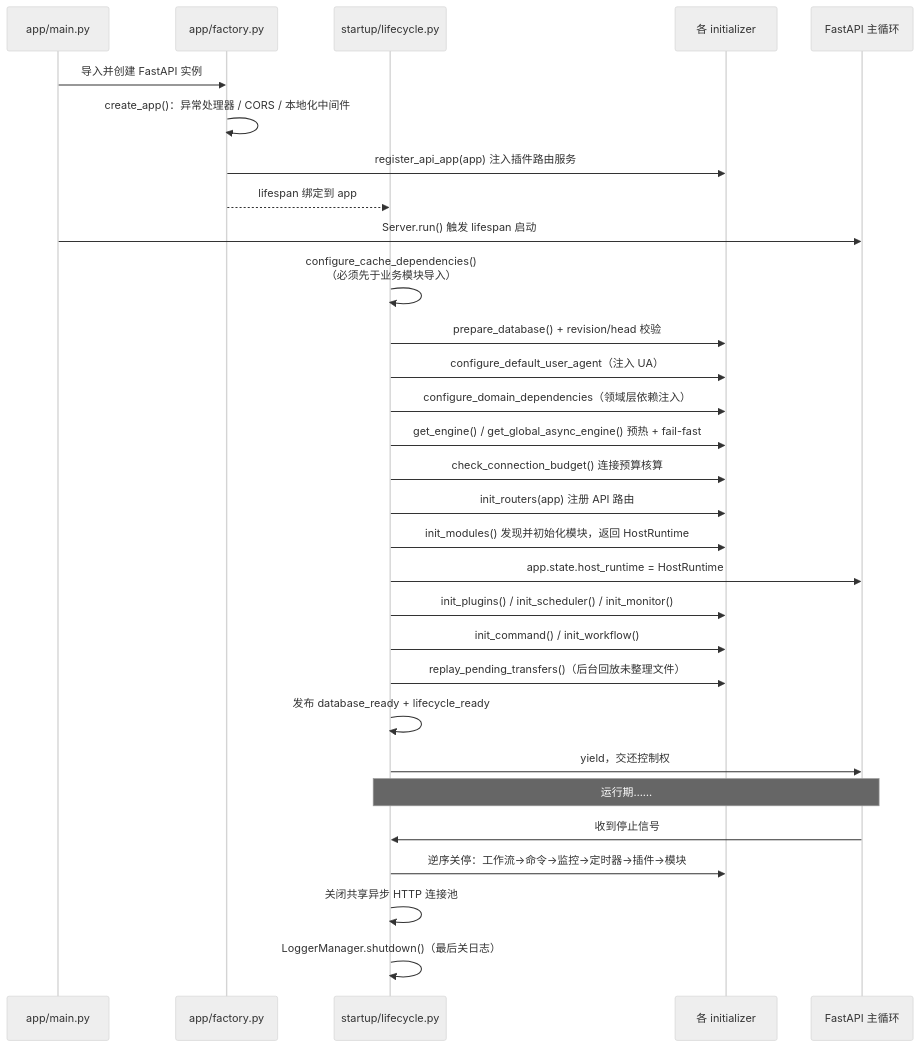
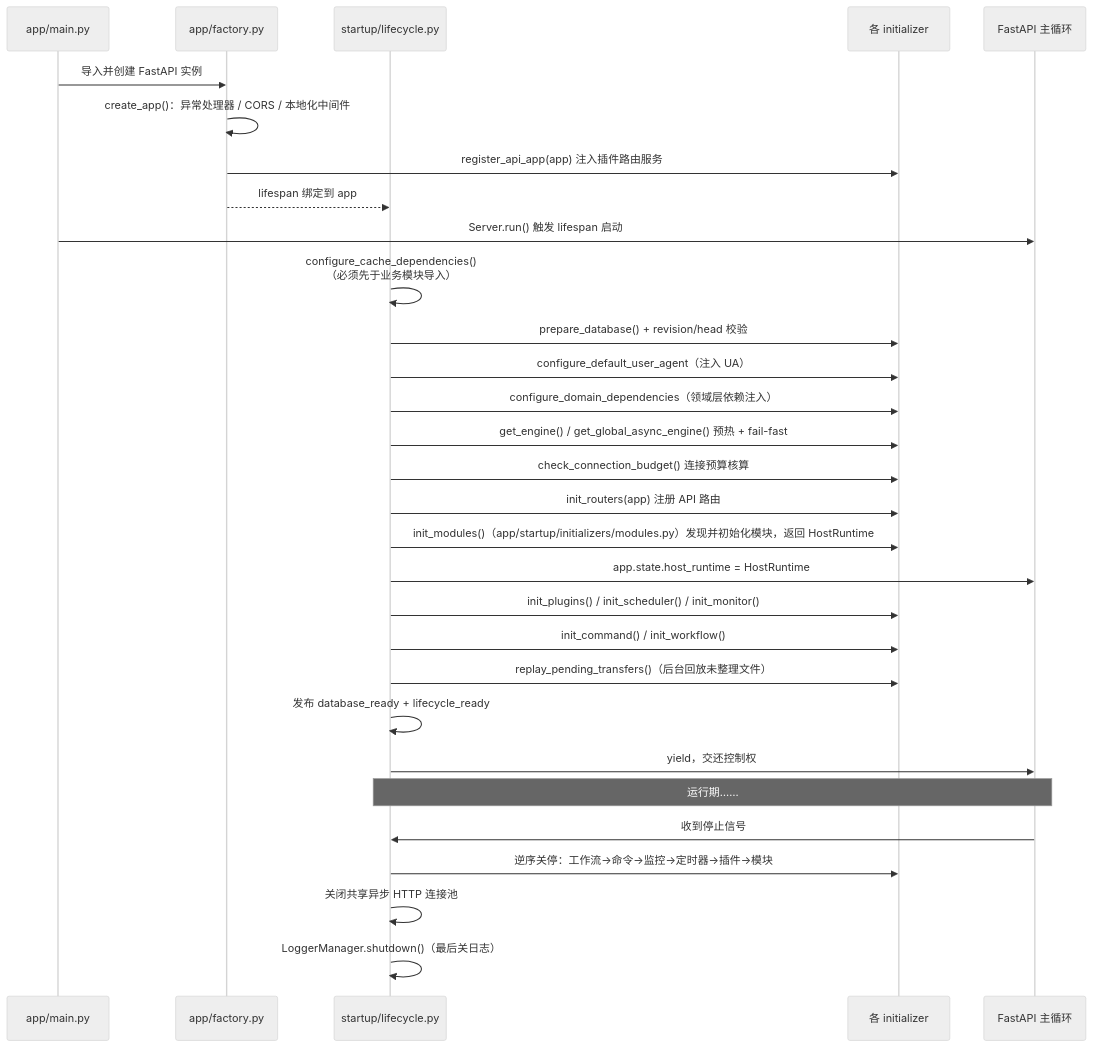
Before and after one commit to jxxghp/MoviePilot: the third of 14 diagrams in docs/architecture-overview.md, drawn with Mermaid (neutral theme). The commit also changed other lines of this file and 5 other files, not shown here.

Commit message:
docs: sync architecture docs with current structure

````diff
--- a/docs/architecture-overview.md
+++ b/docs/architecture-overview.md
@@ -201,34 +221,34 @@
 ```mermaid
 sequenceDiagram
     participant Main as app/main.py
     participant Factory as app/factory.py
     participant Life as startup/lifecycle.py
     participant Init as 各 initializer
     participant FastAPI as FastAPI 主循环
 
     Main->>Factory: 导入并创建 FastAPI 实例
     Factory->>Factory: create_app()：异常处理器 / CORS / 本地化中间件
     Factory->>Init: register_api_app(app) 注入插件路由服务
     Factory-->>Life: lifespan 绑定到 app
     Main->>FastAPI: Server.run() 触发 lifespan 启动
 
     Life->>Life: configure_cache_dependencies()<br/>（必须先于业务模块导入）
     Life->>Init: prepare_database() + revision/head 校验
     Life->>Init: configure_default_user_agent（注入 UA）
     Life->>Init: configure_domain_dependencies（领域层依赖注入）
     Life->>Init: get_engine() / get_global_async_engine() 预热 + fail-fast
     Life->>Init: check_connection_budget() 连接预算核算
     Life->>Init: init_routers(app) 注册 API 路由
-    Life->>Init: init_modules() 发现并初始化模块，返回 HostRuntime
+    Life->>Init: init_modules()（app/startup/initializers/modules.py）发现并初始化模块，返回 HostRuntime
     Life->>FastAPI: app.state.host_runtime = HostRuntime
     Life->>Init: init_plugins() / init_scheduler() / init_monitor()
     Life->>Init: init_command() / init_workflow()
     Life->>Init: replay_pending_transfers()（后台回放未整理文件）
     Life->>Life: 发布 database_ready + lifecycle_ready
     Life->>FastAPI: yield，交还控制权
     Note over Life,FastAPI: 运行期……
     FastAPI->>Life: 收到停止信号
     Life->>Init: 逆序关停：工作流→命令→监控→定时器→插件→模块
     Life->>Life: 关闭共享异步 HTTP 连接池
     Life->>Life: LoggerManager.shutdown()（最后关日志）
 ```
````
